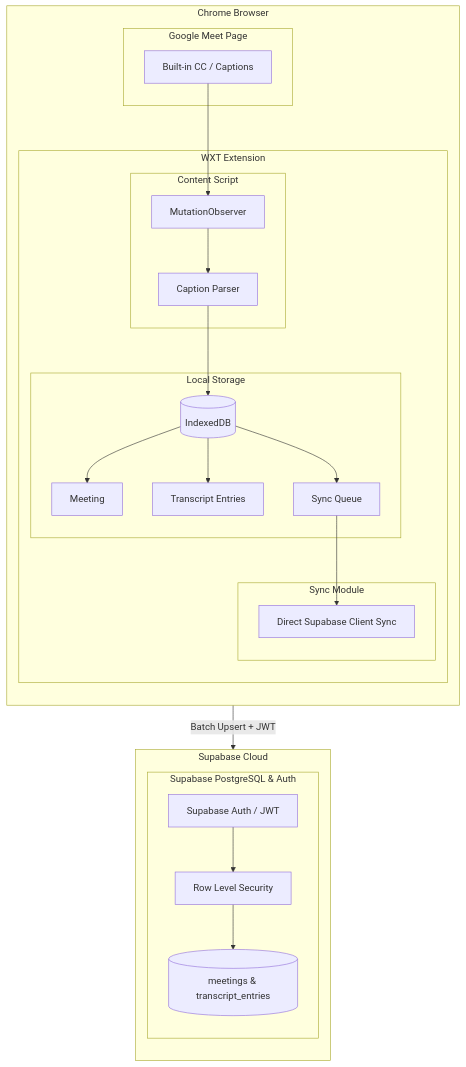
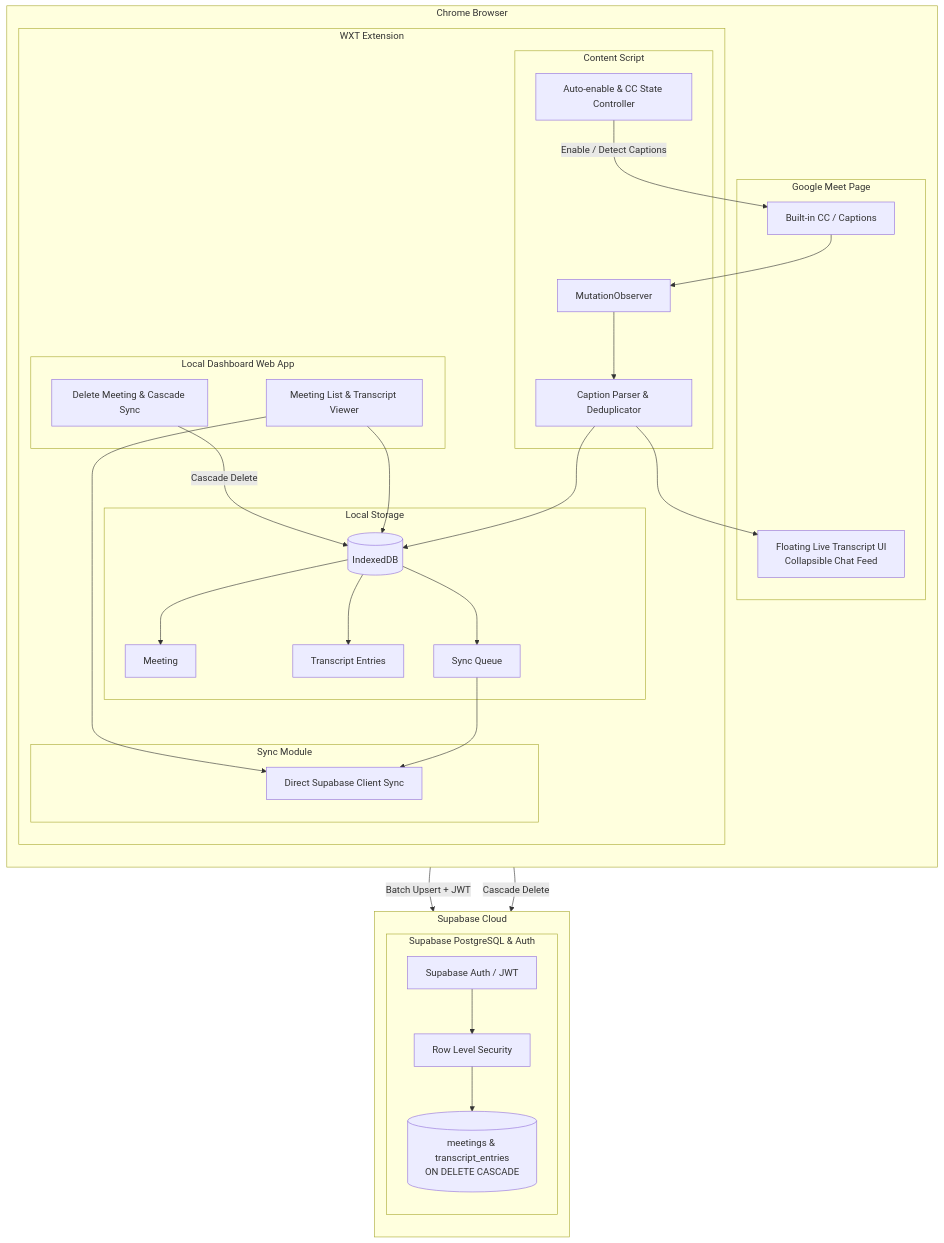
Before and after one commit to trinhdamhuy/meet-transcript-saver: the sixth of 6 diagrams in docs/requirements.md, drawn with Mermaid. The commit also changed other lines of this file and 17 other files, not shown here.

First line of the commit message:
feat(transcript): enhance caption parsing and user display name handling

````diff
--- a/docs/requirements.md
+++ b/docs/requirements.md
@@ -540,45 +573,57 @@
 ```mermaid
 flowchart TD
     subgraph Browser [Chrome Browser]
         direction TB
         subgraph GoogleMeet [Google Meet Page]
             CC[Built-in CC / Captions]
+            FloatingUI[Floating Live Transcript UI<br/>Collapsible Chat Feed]
         end
 
         subgraph Extension [WXT Extension]
             subgraph ContentScript [Content Script]
+                AutoCC[Auto-enable & CC State Controller]
                 Observer[MutationObserver]
-                Parser[Caption Parser]
+                Parser[Caption Parser & Deduplicator]
             end
             
+            subgraph DashboardPage [Local Dashboard Web App]
+                DashboardUI[Meeting List & Transcript Viewer]
+                DeleteManager[Delete Meeting & Cascade Sync]
+            end
+
             subgraph Storage [Local Storage]
                 IDB[(IndexedDB)]
                 Meeting[Meeting]
                 Entries[Transcript Entries]
                 Queue[Sync Queue]
             end
             
             subgraph SyncModule [Sync Module]
                 ClientSync[Direct Supabase Client Sync]
             end
         end
     end
 
     subgraph Backend [Supabase Cloud]
         direction TB
         subgraph Postgres [Supabase PostgreSQL & Auth]
             Auth[Supabase Auth / JWT]
             RLS[Row Level Security]
-            Tables[(meetings & transcript_entries)]
+            Tables[(meetings & transcript_entries<br/>ON DELETE CASCADE)]
         end
     end
 
+    AutoCC -->|Enable / Detect Captions| CC
     CC --> Observer
     Observer --> Parser
+    Parser --> FloatingUI
     Parser --> IDB
     IDB --> Meeting & Entries & Queue
     Queue --> ClientSync
     ClientSync -->|Batch Upsert + JWT| Auth
     Auth --> RLS
     RLS --> Tables
+    DashboardUI --> IDB
+    DashboardUI --> ClientSync
+    DeleteManager -->|Cascade Delete| IDB & Tables
 ```
````
